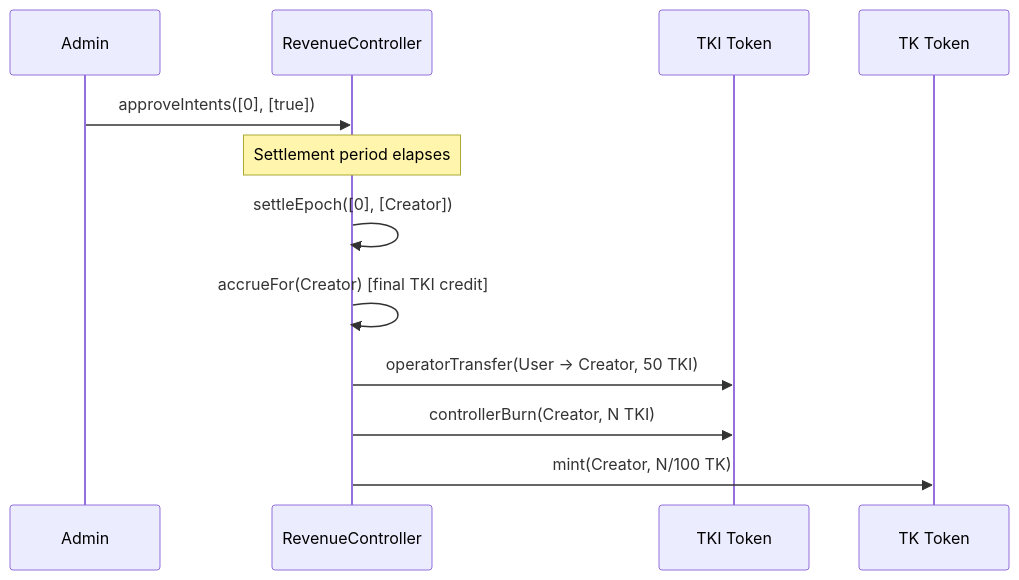
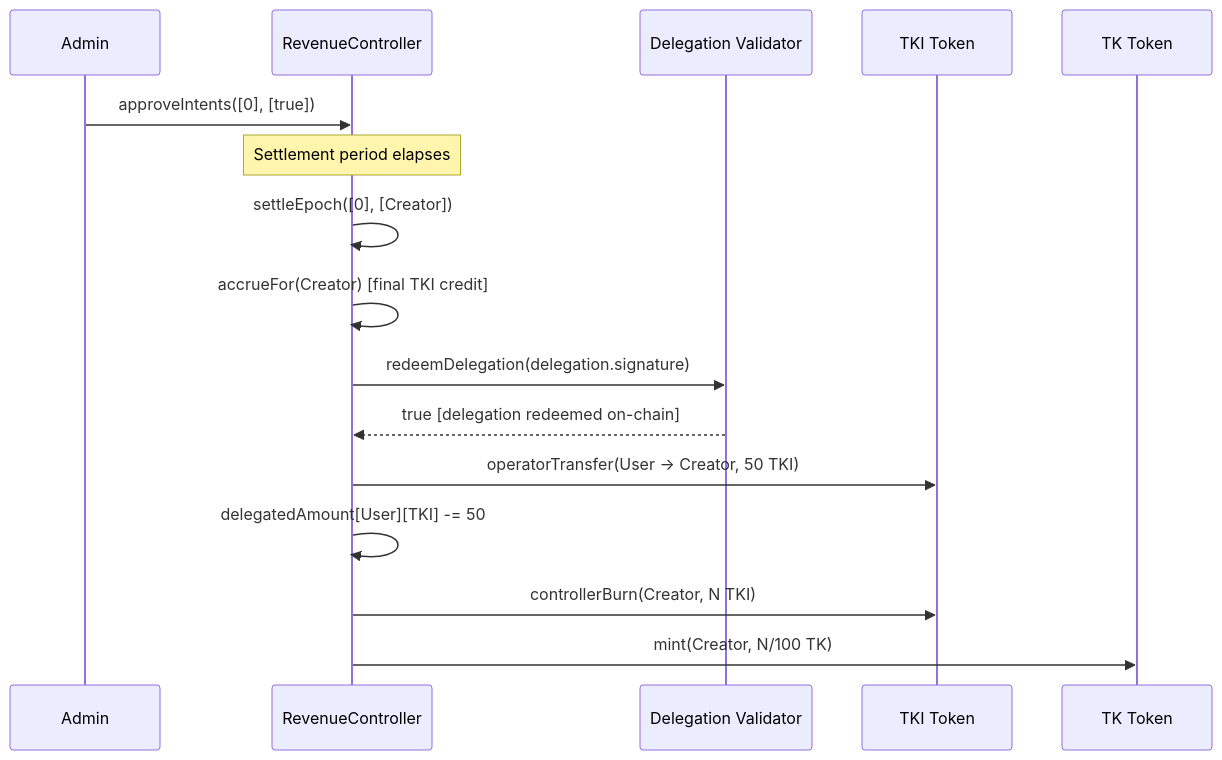
The third of 3 diagrams in CONTRACT_ARCHITECTURE.md (gitaalekhyapaul/techjam-be), drawn with Mermaid before and after one commit. The commit also changed other lines of this file and 14 other files, not shown here.

Commit message:
wip: improve contract architecture

````diff
--- a/CONTRACT_ARCHITECTURE.md
+++ b/CONTRACT_ARCHITECTURE.md
@@ -144,16 +189,20 @@
 ```mermaid
 sequenceDiagram
     participant Admin
     participant RC as RevenueController
+    participant DV as Delegation Validator
     participant TKI as TKI Token
     participant TK as TK Token
 
     Admin->>RC: approveIntents([0], [true])
     Note over RC: Settlement period elapses
     RC->>RC: settleEpoch([0], [Creator])
 
     RC->>RC: accrueFor(Creator) [final TKI credit]
+    RC->>DV: redeemDelegation(delegation.signature)
+    DV-->>RC: true [delegation redeemed on-chain]
     RC->>TKI: operatorTransfer(User → Creator, 50 TKI)
+    RC->>RC: delegatedAmount[User][TKI] -= 50
     RC->>TKI: controllerBurn(Creator, N TKI)
     RC->>TK: mint(Creator, N/100 TK)
 ```
````
